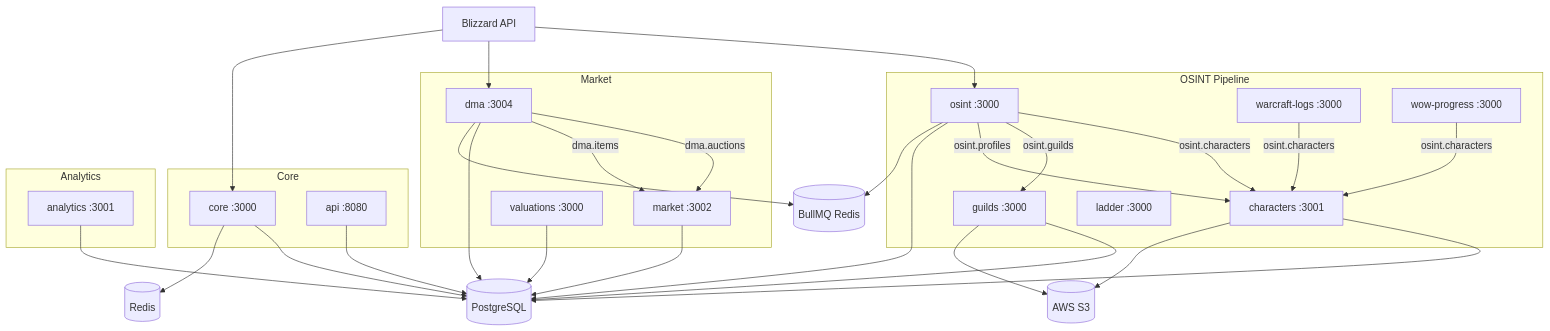
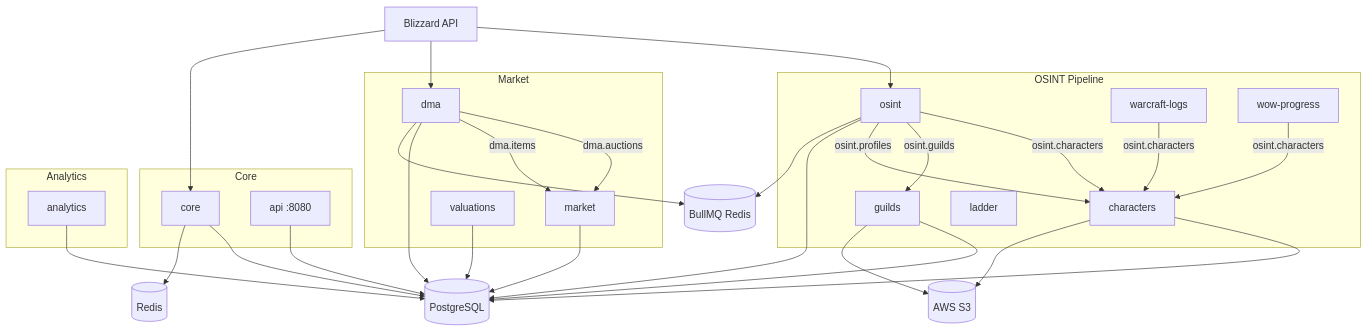
One commit to alexzedim/cmnw changed the diagram in README.md. Above: the diagram before and after it, drawn with Mermaid. The commit also changed other lines of this file and 1 other file, not shown here.

Commit message:
docs: reflect headless worker architecture

````diff
--- a/README.md
+++ b/README.md
@@ -21,54 +21,54 @@
 ```mermaid
 flowchart TB
   subgraph Core
-    core[core :3000]
+    core[core]
     api[api :8080]
   end
 
   subgraph OSINT["OSINT Pipeline"]
-    osint[osint :3000]
-    characters[characters :3001]
-    guilds[guilds :3000]
-    wl[warcraft-logs :3000]
-    wp[wow-progress :3000]
-    ladder[ladder :3000]
+    osint[osint]
+    characters[characters]
+    guilds[guilds]
+    wl[warcraft-logs]
+    wp[wow-progress]
+    ladder[ladder]
   end
 
   subgraph Market
-    dma[dma :3004]
-    market[market :3002]
-    valuations[valuations :3000]
+    dma[dma]
+    market[market]
+    valuations[valuations]
   end
 
   subgraph Analytics
-    analytics[analytics :3001]
+    analytics[analytics]
   end
 
   blizzard[Blizzard API] --> osint
   blizzard --> dma
   blizzard --> core
 
   osint -->|osint.characters| characters
   osint -->|osint.guilds| guilds
   osint -->|osint.profiles| characters
   wp -->|osint.characters| characters
   wl -->|osint.characters| characters
   dma -->|dma.auctions| market
   dma -->|dma.items| market
 
   core --> pg[(PostgreSQL)]
   api --> pg
   osint --> pg
   characters --> pg
   guilds --> pg
   dma --> pg
   market --> pg
   valuations --> pg
   analytics --> pg
 
   core --> redis[(Redis)]
   osint --> bullmq[(BullMQ Redis)]
   dma --> bullmq
   characters --> s3[(AWS S3)]
   guilds --> s3
 ```
````
